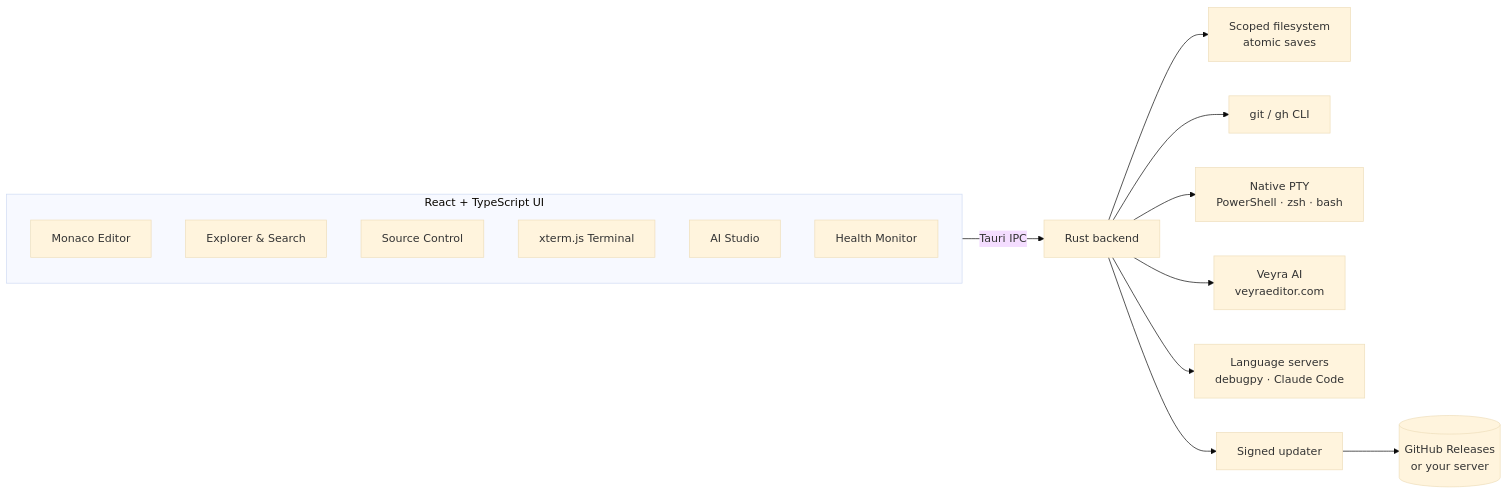
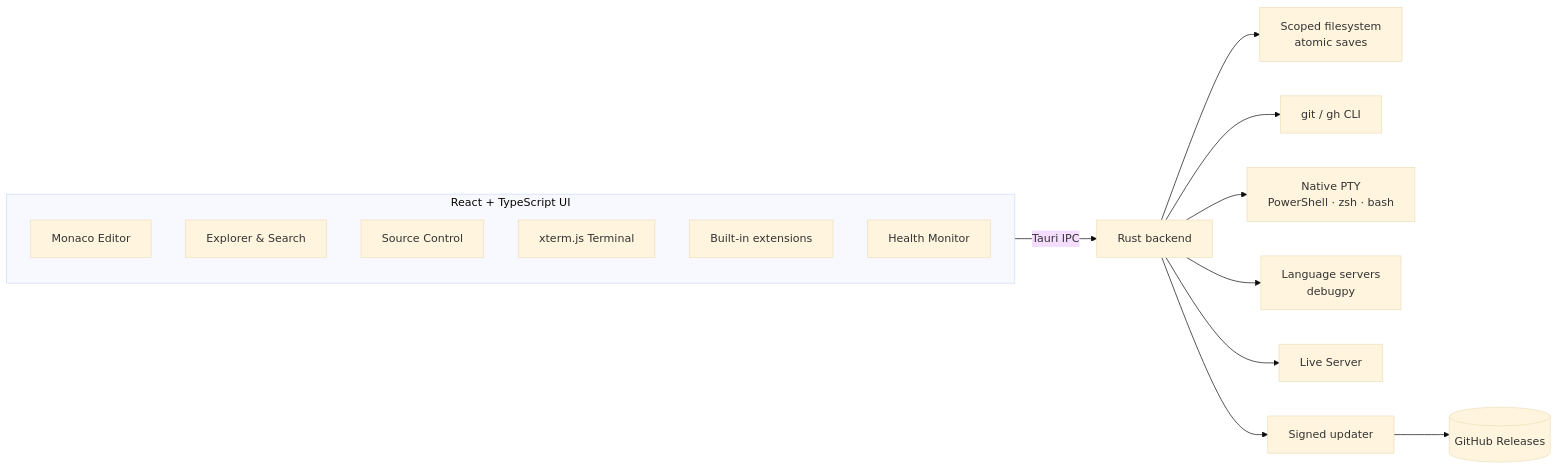
The diagram in README.md (fcopensource/veyraeditor), drawn with Mermaid (base theme) before and after one commit. The commit also changed other lines of this file and 11 other files, not shown here.

````diff
--- a/README.md
+++ b/README.md
@@ -258,20 +220,20 @@
 ```mermaid
 flowchart LR
     subgraph UI["React + TypeScript UI"]
       Monaco[Monaco Editor]
       Explorer[Explorer & Search]
       SCM[Source Control]
       Term[xterm.js Terminal]
-      AI[AI Studio]
+      Built[Built-in extensions]
       Health[Health Monitor]
     end
 
     UI -->|Tauri IPC| Rust[Rust backend]
     Rust --> FS[Scoped filesystem<br/>atomic saves]
     Rust --> Git[git / gh CLI]
     Rust --> PTY[Native PTY<br/>PowerShell · zsh · bash]
-    Rust --> VeyraAI[Veyra AI<br/>veyraeditor.com]
-    Rust --> Tools[Language servers<br/>debugpy · Claude Code]
+    Rust --> Tools[Language servers<br/>debugpy]
+    Rust --> Live[Live Server]
     Rust --> Updater[Signed updater]
-    Updater --> Releases[(GitHub Releases<br/>or your server)]
+    Updater --> Releases[(GitHub Releases)]
 ```
````
